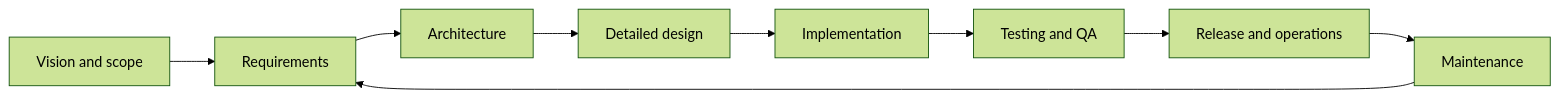
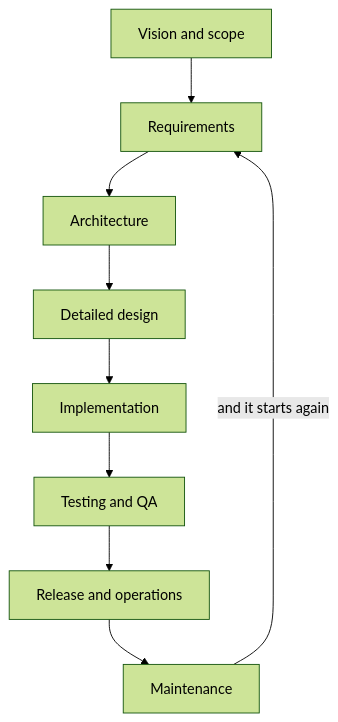
One commit to Washingtonwei/cosc-40943 changed the first of 2 diagrams in docs/modules/se-and-ai.md. Above: the diagram before and after it, drawn with Mermaid (forest theme). The commit also changed other lines of this file and 2 other files, not shown here.

Commit message:
Week 1 review pass: fix the diagrams and the quote attribution
The deck's life cycle had seven boxes while the module said eight, and
adding the eighth clipped the last label, so the slide now uses short
labels and the speaker note carries the full names. The module's copy
runs top-down, which is legible in a narrow column where the horizontal
version was an unreadable strip.

Beck created XP and popularized TDD; he has said he rediscovered TDD
rather than invented it. Corrected in both places.

Blockquotes were rendering dimmer than body text, which made the Beck
quote and the amplifier line the least prominent text on the page.

Also drops six em dashes from the Napkin slide, per the charter.

````diff
--- a/docs/modules/se-and-ai.md
+++ b/docs/modules/se-and-ai.md
@@ -84,11 +84,11 @@
 ```mermaid
-flowchart LR
+flowchart TD
   A[Vision and scope] --> B[Requirements]
   B --> C[Architecture]
   C --> D[Detailed design]
   D --> E[Implementation]
   E --> F[Testing and QA]
   F --> G[Release and operations]
   G --> H[Maintenance]
-  H --> B
+  H -->|and it starts again| B
 ```
````
